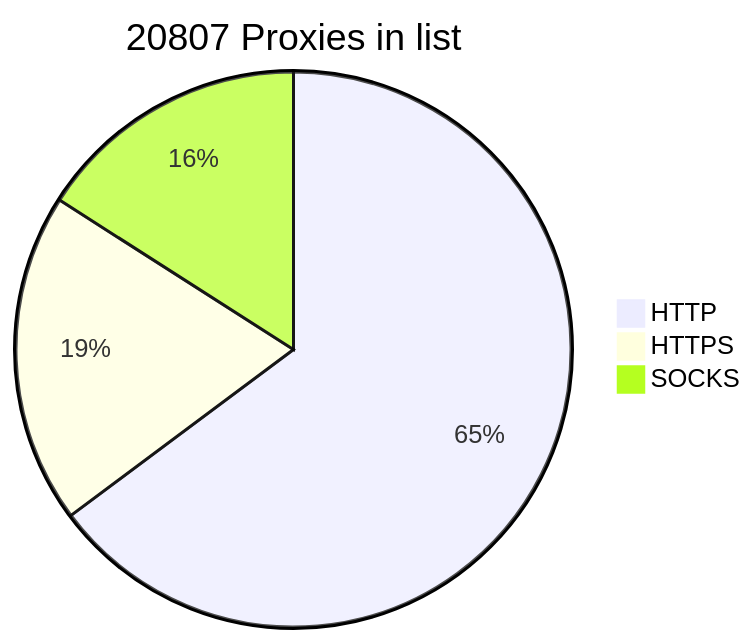
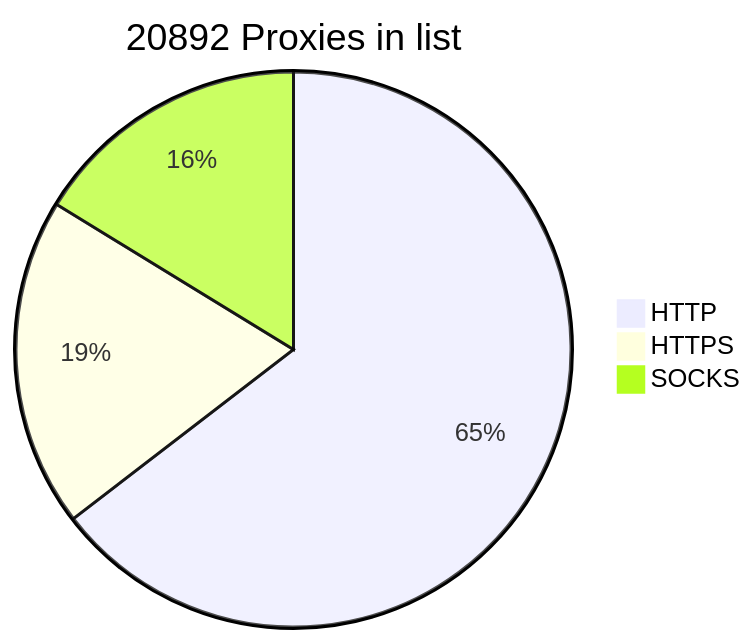
One commit to BlackSnowDot/proxylist-update-every-minute changed the diagram in README.md. Above: the diagram before and after it, drawn with Mermaid.

````diff
--- a/README.md
+++ b/README.md
@@ -2,6 +2,6 @@
 ```mermaid
-pie title 20807 Proxies in list
+pie title 20892 Proxies in list
     "HTTP" : 15262
     "HTTPS": 4532
-    "SOCKS" : 3757
+    "SOCKS" : 3842
 ```
````
